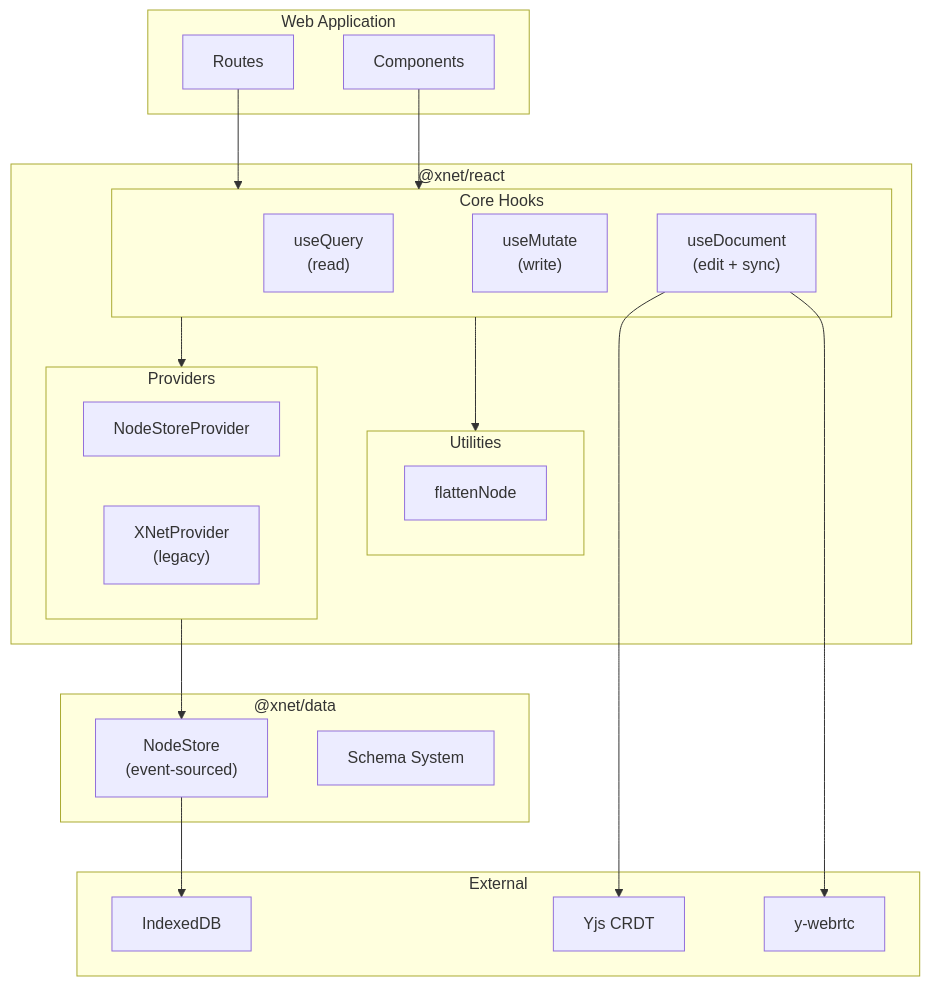
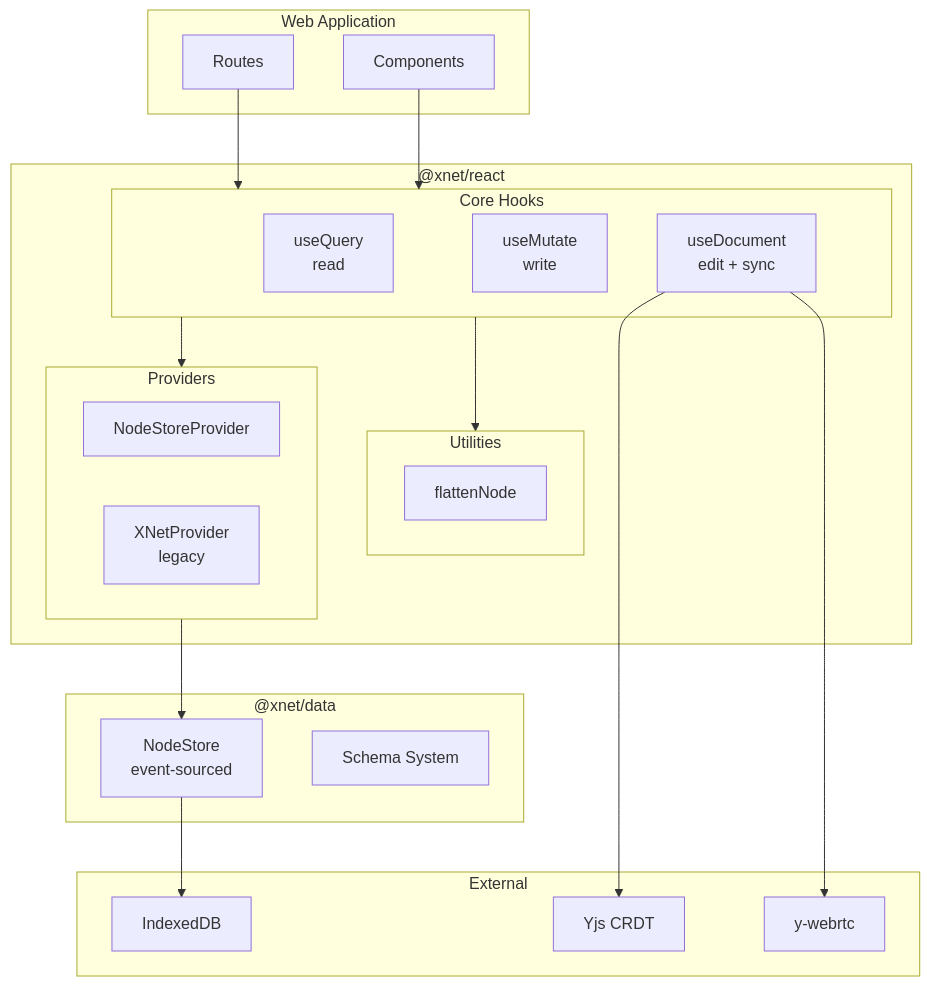
Before and after one commit to crs48/xNet: the first of 2 diagrams in docs/explorations/REACT_HOOKS_API_V2.md, drawn with Mermaid. The commit also changed 21 other files, not shown here.

First line of the commit message:
Fix Mermaid parse errors: remove parentheses in flowchart node labels after <br/> tags

````diff
--- a/docs/explorations/REACT_HOOKS_API_V2.md
+++ b/docs/explorations/REACT_HOOKS_API_V2.md
@@ -30,44 +30,44 @@
 ```mermaid
 flowchart TB
     subgraph App ["Web Application"]
         routes[Routes]
         components[Components]
     end
 
     subgraph React ["@xnet/react"]
         subgraph Hooks ["Core Hooks"]
-            useQuery["useQuery<br/>(read)"]
-            useMutate["useMutate<br/>(write)"]
-            useDocument["useDocument<br/>(edit + sync)"]
+            useQuery["useQuery<br/>read"]
+            useMutate["useMutate<br/>write"]
+            useDocument["useDocument<br/>edit + sync"]
         end
 
         subgraph Context ["Providers"]
             NodeStoreProvider
-            XNetProvider["XNetProvider<br/>(legacy)"]
+            XNetProvider["XNetProvider<br/>legacy"]
         end
 
         subgraph Utils ["Utilities"]
             flattenNode
         end
     end
 
     subgraph Data ["@xnet/data"]
-        NodeStore["NodeStore<br/>(event-sourced)"]
+        NodeStore["NodeStore<br/>event-sourced"]
         Schema["Schema System"]
     end
 
     subgraph External ["External"]
         Yjs["Yjs CRDT"]
         WebRTC["y-webrtc"]
         Storage["IndexedDB"]
     end
 
     routes --> Hooks
     components --> Hooks
     Hooks --> Context
     Hooks --> Utils
     Context --> NodeStore
     useDocument --> Yjs
     useDocument --> WebRTC
     NodeStore --> Storage
 ```
````
